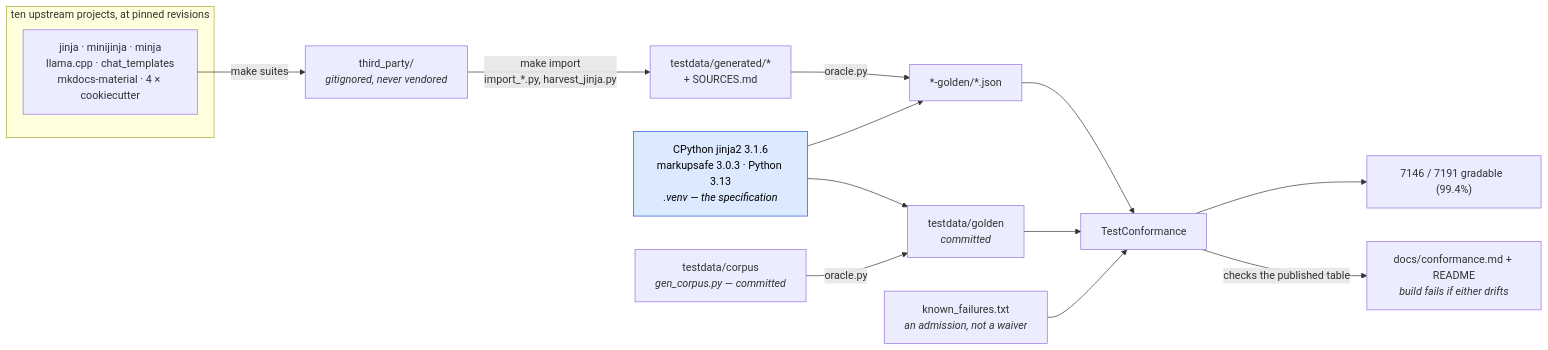
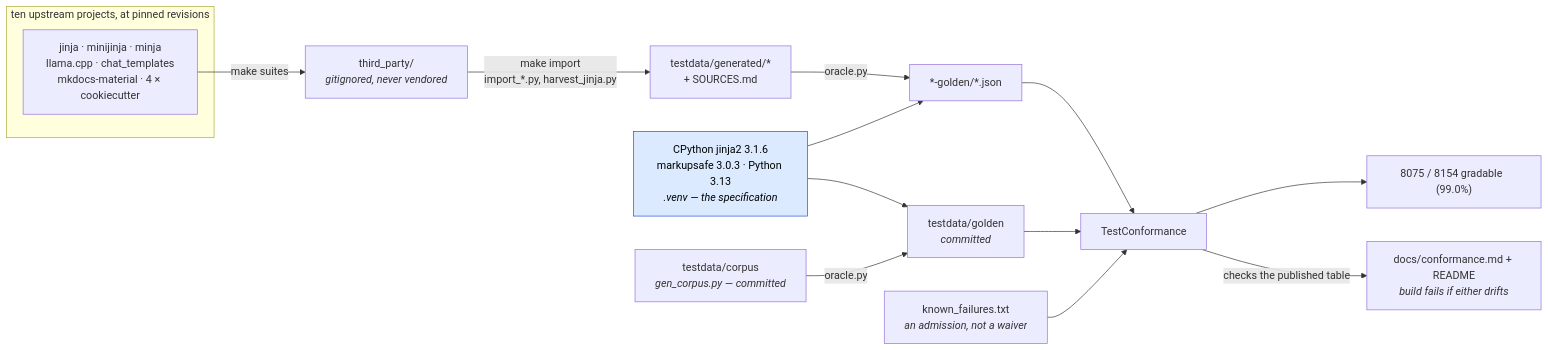
Before and after one commit to mgilbir/gojja2: the first of 2 diagrams in docs/conformance.md, drawn with Mermaid. The commit also changed other lines of this file and 12 other files, not shown here.

````diff
--- a/docs/conformance.md
+++ b/docs/conformance.md
@@ -17,24 +17,24 @@
 ```mermaid
 flowchart LR
     subgraph up["ten upstream projects, at pinned revisions"]
         U1["jinja · minijinja · minja<br/>llama.cpp · chat_templates<br/>mkdocs-material · 4 × cookiecutter"]
     end
     U1 -->|"make suites"| TP["third_party/<br/><i>gitignored, never vendored</i>"]
     TP -->|"make import<br/>import_*.py, harvest_jinja.py"| GEN["testdata/generated/*<br/>+ SOURCES.md"]
 
     ORA["CPython jinja2 3.1.6<br/>markupsafe 3.0.3 · Python 3.13<br/><i>.venv — the specification</i>"]
     GEN -->|"oracle.py"| G2["*-golden/*.json"]
     ORA --> G2
 
     OWN["testdata/corpus<br/><i>gen_corpus.py — committed</i>"] -->|"oracle.py"| G1["testdata/golden<br/><i>committed</i>"]
     ORA --> G1
 
     G1 --> TC["TestConformance"]
     G2 --> TC
     KF["known_failures.txt<br/><i>an admission, not a waiver</i>"] --> TC
-    TC --> RATE["7146 / 7191 gradable  (99.4%)"]
+    TC --> RATE["8075 / 8154 gradable  (99.0%)"]
     TC -->|"checks the published table"| RM["docs/conformance.md + README<br/><i>build fails if either drifts</i>"]
 
     classDef spec fill:#dbeafe,stroke:#1d4ed8,color:#000
     class ORA spec
 ```
````
